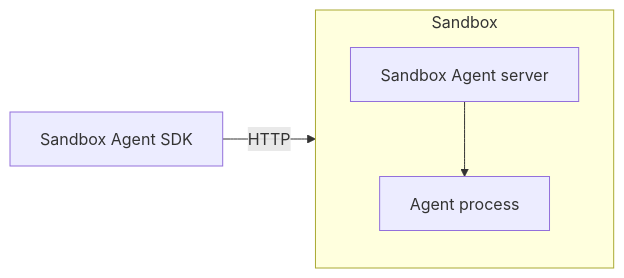
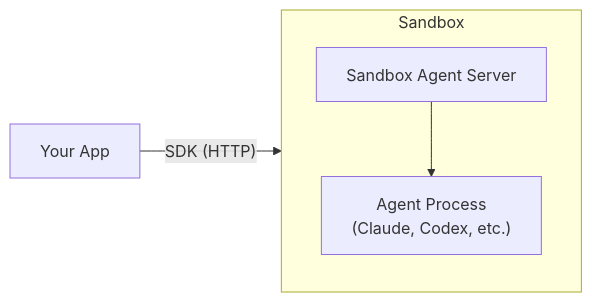
The diagram in skills/sandbox-agent/references/architecture.md (rivet-dev/skills), drawn with Mermaid before and after one commit. The commit also changed other lines of this file and 27 other files, not shown here.

Commit message:
chore: update sandbox-agent skill

````diff
--- a/skills/sandbox-agent/references/architecture.md
+++ b/skills/sandbox-agent/references/architecture.md
@@ -17,13 +16,13 @@
-```mermaid placement="top-right"
+```mermaid
 flowchart LR
-  CLIENT["Sandbox Agent SDK"]
-  SERVER["Sandbox Agent server"]
-  AGENT["Agent process"]
+    CLIENT["Your App"]
 
-  subgraph SANDBOX["Sandbox"]
-    direction TB
-    SERVER --> AGENT
-  end
+    subgraph SANDBOX["Sandbox"]
+        direction TB
+        SERVER["Sandbox Agent Server"]
+        AGENT["Agent Process<br/>(Claude, Codex, etc.)"]
+        SERVER --> AGENT
+    end
 
-  CLIENT -->|HTTP| SERVER
+    CLIENT -->|"SDK (HTTP)"| SERVER
 ```
````
